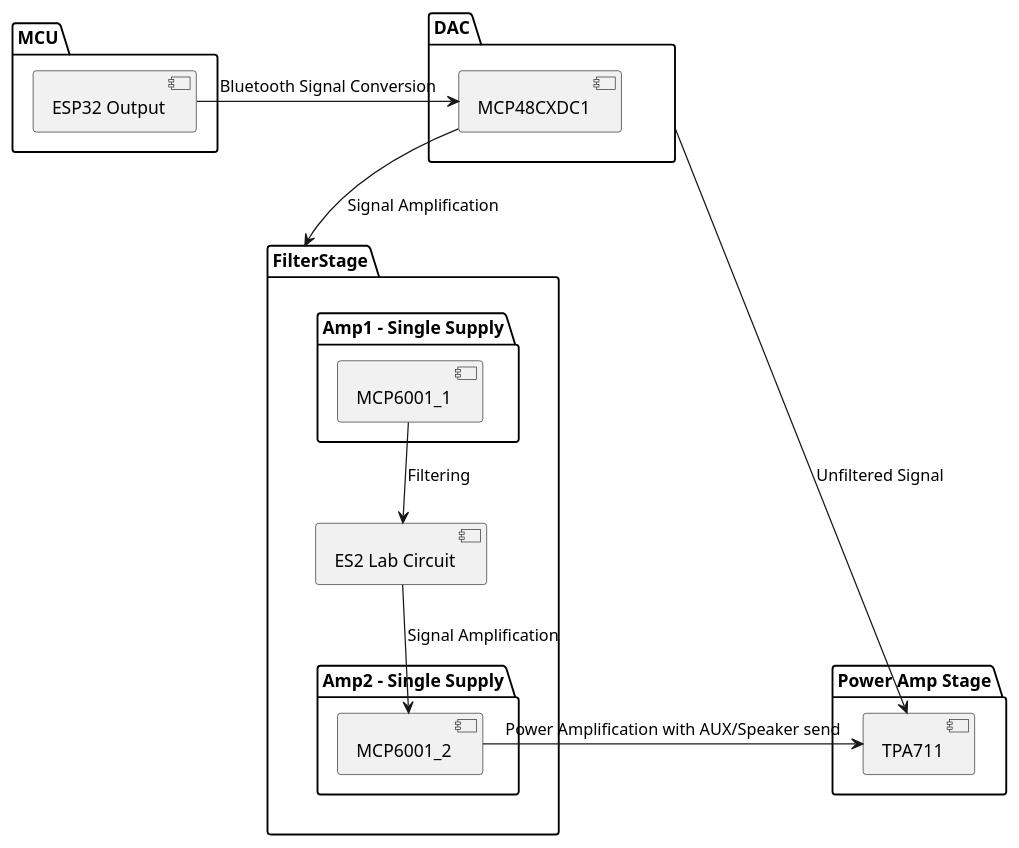
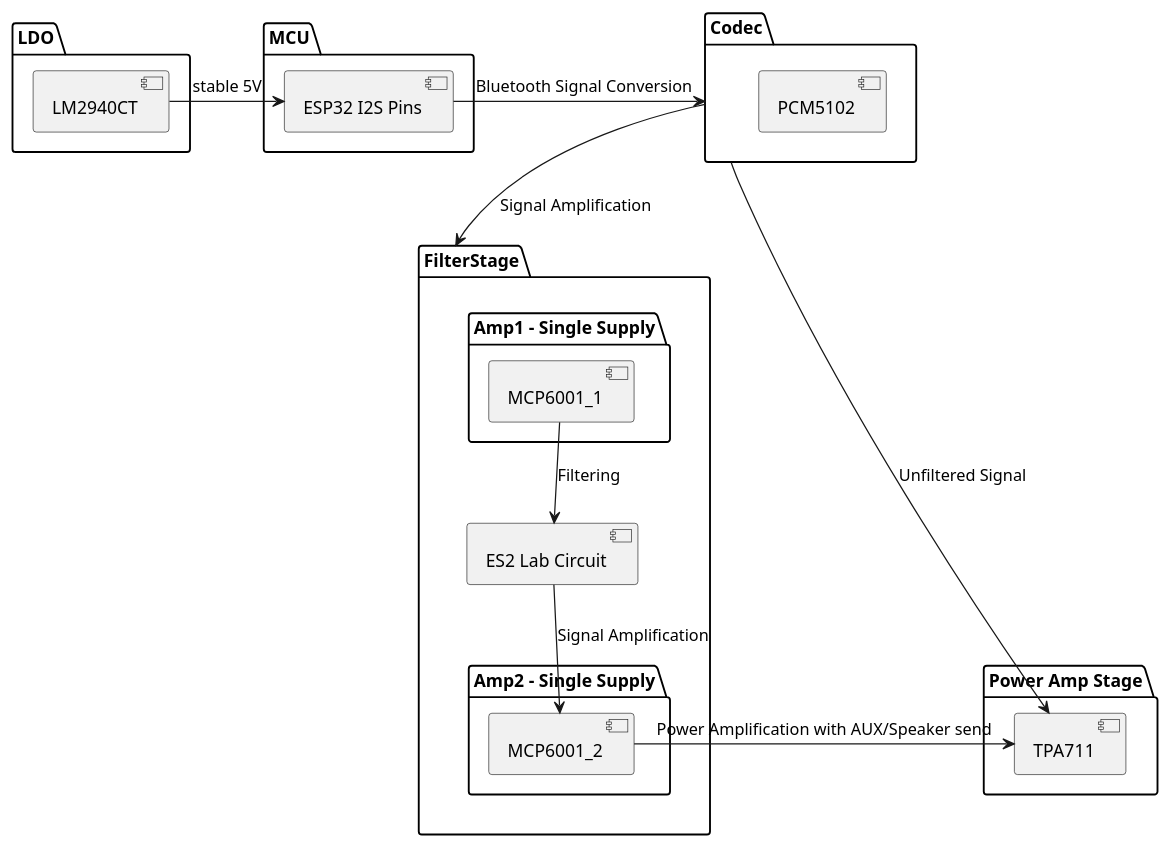
The diagram in doc/BlockDiagram.puml (paulgrammy/Student-Research-Project), drawn with PlantUML before and after one commit. The commit also changed 34 other files, not shown here.

```diff
--- a/doc/BlockDiagram.puml
+++ b/doc/BlockDiagram.puml
@@ -1,34 +1,39 @@
 @startuml
 
-package "MCU" {
-  [ESP32 Output] 
+package "LDO" {
+  [LM2940CT]
 }
 
-package "DAC" {
-  [MCP48CXDC1] 
+package "MCU" {
+  [ESP32 I2S Pins] 
+}
+
+package "Codec" {
+  [PCM5102] 
 }
 
 package "FilterStage" {
     package "Amp1 - Single Supply" {
     [MCP6001_1] 
   }
 
   [ES2 Lab Circuit] 
 
     package "Amp2 - Single Supply" {
     [MCP6001_2] 
   }
 }
 
 package "Power Amp Stage" {
   [TPA711] 
 }
 
-[ESP32 Output]  -right->   [MCP48CXDC1]: Bluetooth Signal Conversion 
-[MCP48CXDC1]    -->         [FilterStage]: Signal Amplification
+[LM2940CT] -right-> [ESP32 I2S Pins]: stable 5V
+[ESP32 I2S Pins]  -right->   [Codec]: Bluetooth Signal Conversion 
+[Codec]    -->         [FilterStage]: Signal Amplification
 [MCP6001_1]     -->   [ES2 Lab Circuit]: Filtering 
 [ES2 Lab Circuit]   -->   [MCP6001_2]: Signal Amplification
 [MCP6001_2]     -right->   [TPA711]: Power Amplification with AUX/Speaker send
-[DAC] -right-> [TPA711]: Unfiltered Signal 
+[Codec] --> [TPA711]: Unfiltered Signal 
 
 @enduml
```
